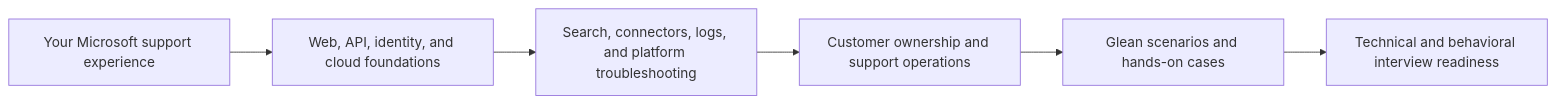
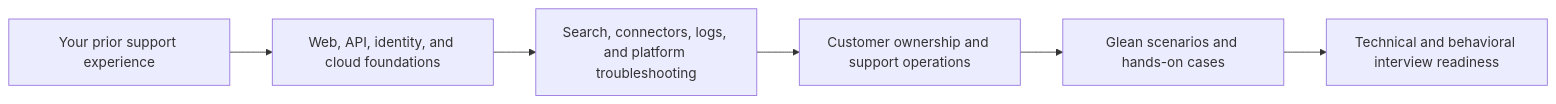
Before and after one commit to hichauhan-in/Interview-Prep: the diagram in TSE Glean/Glean Support Engineering - Study Guide.md, drawn with Mermaid. The commit also changed other lines of this file and 493 other files, not shown here.

````diff
--- a/TSE Glean/Glean Support Engineering - Study Guide.md
+++ b/TSE Glean/Glean Support Engineering - Study Guide.md
@@ -20,8 +22,8 @@
 ```mermaid
 flowchart LR
-    A[Your Microsoft support experience] --> B[Web, API, identity, and cloud foundations]
+    A[Your prior support experience] --> B[Web, API, identity, and cloud foundations]
     B --> C[Search, connectors, logs, and platform troubleshooting]
     C --> D[Customer ownership and support operations]
     D --> E[Glean scenarios and hands-on cases]
     E --> F[Technical and behavioral interview readiness]
 ```
````
